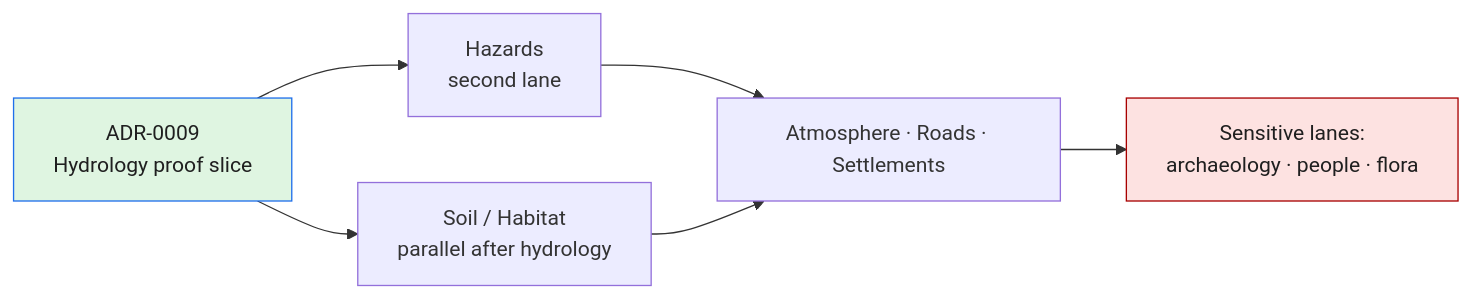
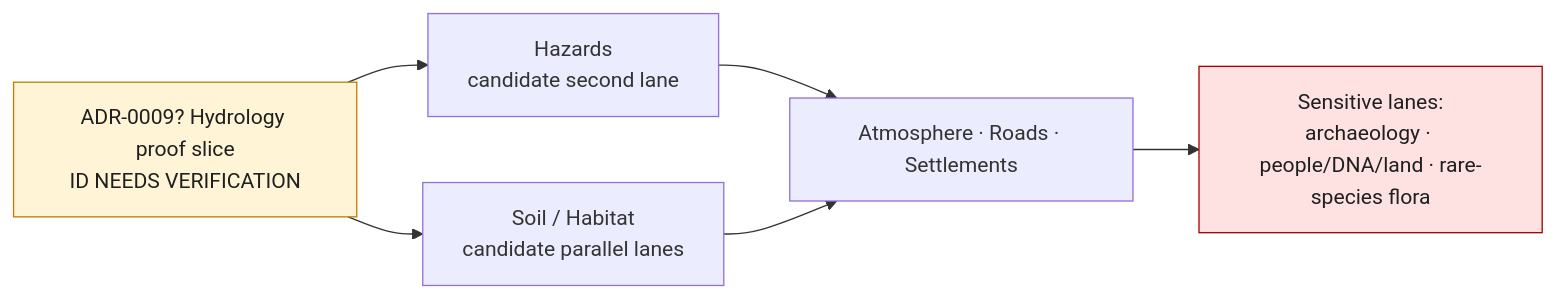
Before and after one commit to bartytime4life/Kansas-Frontier-Matrix: the first of 2 diagrams in docs/adr/ADR-0009-hydrology-is-the-first-proof-bearing-lane.md, drawn with Mermaid. The commit also changed other lines of this file, not shown here.

````diff
--- a/docs/adr/ADR-0009-hydrology-is-the-first-proof-bearing-lane.md
+++ b/docs/adr/ADR-0009-hydrology-is-the-first-proof-bearing-lane.md
@@ -122,11 +146,12 @@
 ```mermaid
 flowchart LR
-    A[ADR-0009<br/>Hydrology proof slice]:::accepted
-    A --> B[Hazards<br/>second lane]
-    A --> C[Soil / Habitat<br/>parallel after hydrology]
+    A[ADR-0009? Hydrology proof slice<br/>ID NEEDS VERIFICATION]:::proposed
+    A --> B[Hazards<br/>candidate second lane]
+    A --> C[Soil / Habitat<br/>candidate parallel lanes]
     B --> D[Atmosphere · Roads · Settlements]
     C --> D
-    D --> E[Sensitive lanes:<br/>archaeology · people · flora]:::sensitive
-    classDef accepted fill:#dff5e1,stroke:#1f6feb,color:#1f1f1f;
+    D --> E[Sensitive lanes:<br/>archaeology · people/DNA/land · rare-species flora]:::sensitive
+
+    classDef proposed fill:#fff4d6,stroke:#c27d00,color:#1f1f1f;
     classDef sensitive fill:#fde2e1,stroke:#a80000,color:#1f1f1f;
 ```
````
